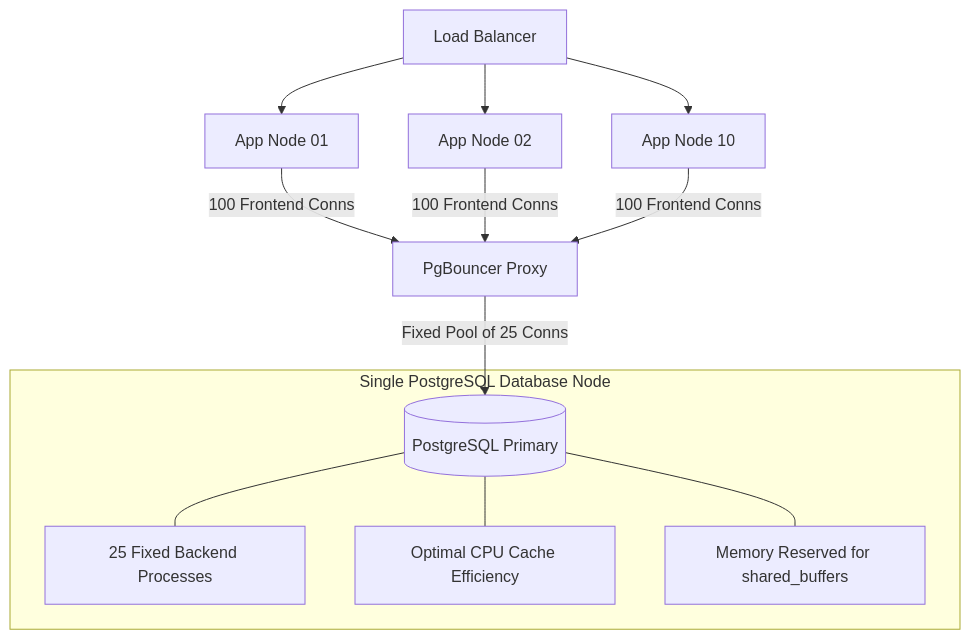
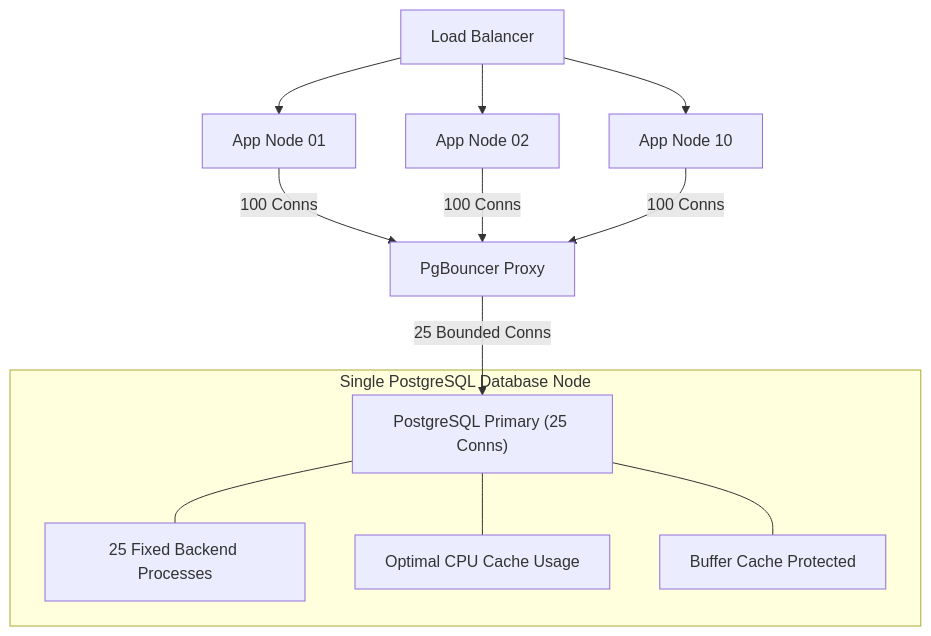
Before and after one commit to userhimanshuverma/30_Days_of_Building_Systems_That_Scale: the third of 5 diagrams in days/phase-2-database-becomes-the-problem/day-06-app-scales-db-doesnt/README.md, drawn with Mermaid. The commit also changed other lines of this file, not shown here.

Commit message:
fix(docs): remove HTML break tags from Mermaid node strings for clean SVG rendering

````diff
--- a/days/phase-2-database-becomes-the-problem/day-06-app-scales-db-doesnt/README.md
+++ b/days/phase-2-database-becomes-the-problem/day-06-app-scales-db-doesnt/README.md
@@ -246,19 +246,19 @@
 ```mermaid
 graph TD
     LB["Load Balancer"] --> App1["App Node 01"]
     LB --> App2["App Node 02"]
     LB --> App3["App Node 10"]
 
-    App1 -->|100 Frontend Conns| PGB["PgBouncer Proxy"]
-    App2 -->|100 Frontend Conns| PGB
-    App3 -->|100 Frontend Conns| PGB
+    App1 -->|100 Conns| PGB["PgBouncer Proxy"]
+    App2 -->|100 Conns| PGB
+    App3 -->|100 Conns| PGB
 
-    PGB -->|Fixed Pool of 25 Conns| DB
+    PGB -->|25 Bounded Conns| DB
 
-    subgraph DB_Healthy ["Single PostgreSQL Database Node"]
-        DB[(PostgreSQL Primary)]
+    subgraph Optimized_DB ["Single PostgreSQL Database Node"]
+        DB["PostgreSQL Primary (25 Conns)"]
         DB --- H1["25 Fixed Backend Processes"]
-        DB --- H2["Optimal CPU Cache Efficiency"]
-        DB --- H3["Memory Reserved for shared_buffers"]
+        DB --- H2["Optimal CPU Cache Usage"]
+        DB --- H3["Buffer Cache Protected"]
     end
 ```
````
